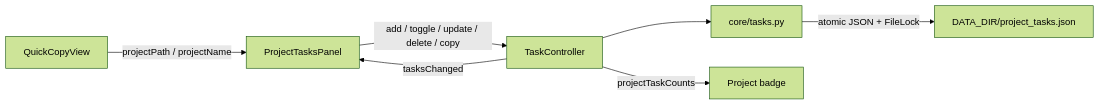
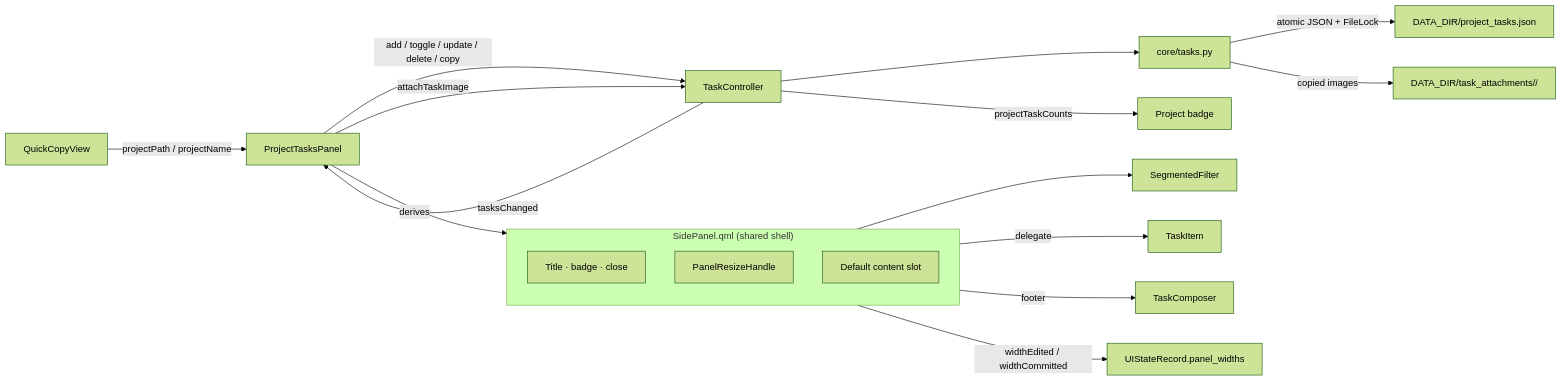
The fifth of 16 diagrams in docs/ARCHITECTURE.md (dishanagalawatta/SkillManager), drawn with Mermaid (forest theme) before and after one commit. The commit also changed other lines of this file and 70 other files, not shown here.

````diff
--- a/docs/ARCHITECTURE.md
+++ b/docs/ARCHITECTURE.md
@@ -364,9 +384,22 @@
 ```mermaid
 flowchart LR
     QCV["QuickCopyView"] -->|projectPath / projectName| Panel["ProjectTasksPanel"]
+    subgraph Shell["SidePanel.qml (shared shell)"]
+        direction TB
+        Header["Title · badge · close"]
+        Grip["PanelResizeHandle"]
+        Body["Default content slot"]
+    end
+    Panel -->|derives| Shell
+    Body --> Filter["SegmentedFilter"]
+    Body -->|delegate| Row["TaskItem"]
+    Body -->|footer| Composer["TaskComposer"]
     Panel -->|add / toggle / update / delete / copy| Ctrl["TaskController"]
+    Panel -->|attachTaskImage| Ctrl
     Ctrl --> Store["core/tasks.py"]
     Store -->|atomic JSON + FileLock| File["DATA_DIR/project_tasks.json"]
+    Store -->|copied images| Attach["DATA_DIR/task_attachments/<key>/"]
     Ctrl -->|tasksChanged| Panel
     Ctrl -->|projectTaskCounts| Badge["Project badge"]
+    Grip -->|widthEdited / widthCommitted| UIState["UIStateRecord.panel_widths"]
 ```
````
